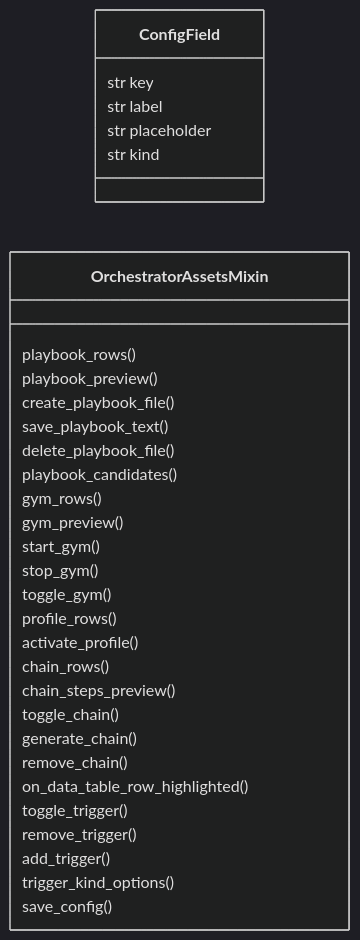
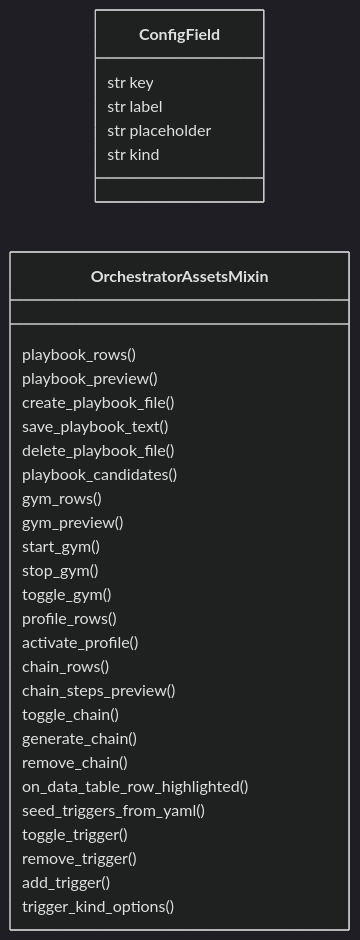
The first of 2 diagrams in readmenator-apidocs/modules/cli.orchestrator_assets_tabs.py.md (grisuno/LazyOwn), drawn with Mermaid (dark theme) before and after one commit. The commit also changed other lines of this file and 496 other files, not shown here.

````diff
--- a/readmenator-apidocs/modules/cli.orchestrator_assets_tabs.py.md
+++ b/readmenator-apidocs/modules/cli.orchestrator_assets_tabs.py.md
@@ -19,34 +19,34 @@
 ```mermaid
 classDiagram
     direction LR
     class ConfigField
     ConfigField : str key
     ConfigField : str label
     ConfigField : str placeholder
     ConfigField : str kind
     class OrchestratorAssetsMixin
     OrchestratorAssetsMixin : playbook_rows()
     OrchestratorAssetsMixin : playbook_preview()
     OrchestratorAssetsMixin : create_playbook_file()
     OrchestratorAssetsMixin : save_playbook_text()
     OrchestratorAssetsMixin : delete_playbook_file()
     OrchestratorAssetsMixin : playbook_candidates()
     OrchestratorAssetsMixin : gym_rows()
     OrchestratorAssetsMixin : gym_preview()
     OrchestratorAssetsMixin : start_gym()
     OrchestratorAssetsMixin : stop_gym()
     OrchestratorAssetsMixin : toggle_gym()
     OrchestratorAssetsMixin : profile_rows()
     OrchestratorAssetsMixin : activate_profile()
     OrchestratorAssetsMixin : chain_rows()
     OrchestratorAssetsMixin : chain_steps_preview()
     OrchestratorAssetsMixin : toggle_chain()
     OrchestratorAssetsMixin : generate_chain()
     OrchestratorAssetsMixin : remove_chain()
     OrchestratorAssetsMixin : on_data_table_row_highlighted()
+    OrchestratorAssetsMixin : seed_triggers_from_yaml()
     OrchestratorAssetsMixin : toggle_trigger()
     OrchestratorAssetsMixin : remove_trigger()
     OrchestratorAssetsMixin : add_trigger()
     OrchestratorAssetsMixin : trigger_kind_options()
-    OrchestratorAssetsMixin : save_config()
 ```
````
